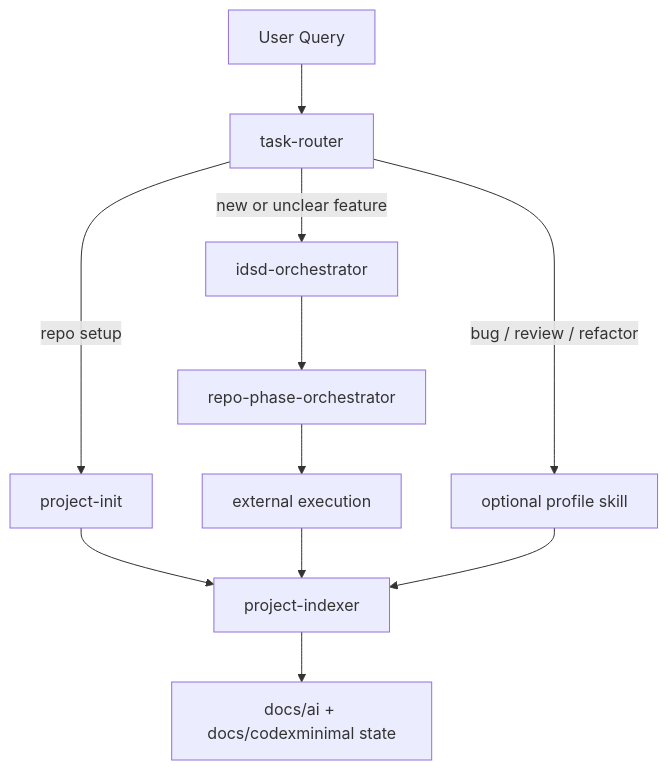
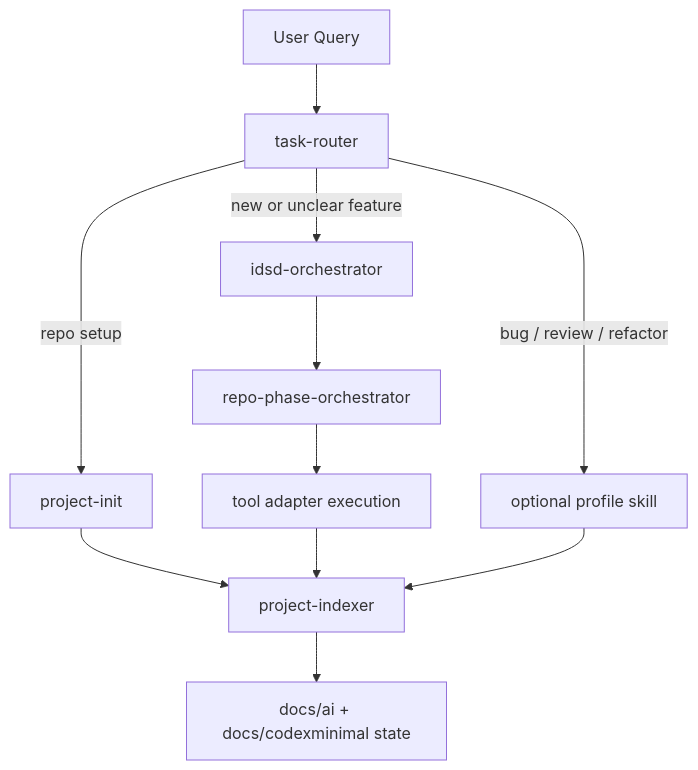
One commit to HoanDo95/CodexMinimal changed the first of 8 diagrams in README.md. Above: the diagram before and after it, drawn with Mermaid. The commit also changed other lines of this file and 29 other files, not shown here.

Commit message:
Make IDSD execution tool agnostic

````diff
--- a/README.md
+++ b/README.md
@@ -16,17 +16,17 @@
 ```mermaid
 flowchart TB
     U[User Query] --> R[task-router]
 
     R -->|repo setup| PI[project-init]
     PI --> IDX[project-indexer]
 
     R -->|new or unclear feature| IDSD[idsd-orchestrator]
     IDSD --> PLAN[repo-phase-orchestrator]
-    PLAN --> EXEC[external execution]
+    PLAN --> EXEC[tool adapter execution]
     EXEC --> IDX
 
     R -->|bug / review / refactor| PROFILE[optional profile skill]
     PROFILE --> IDX
 
     IDX --> STATE[docs/ai + docs/codexminimal state]
 ```
````
